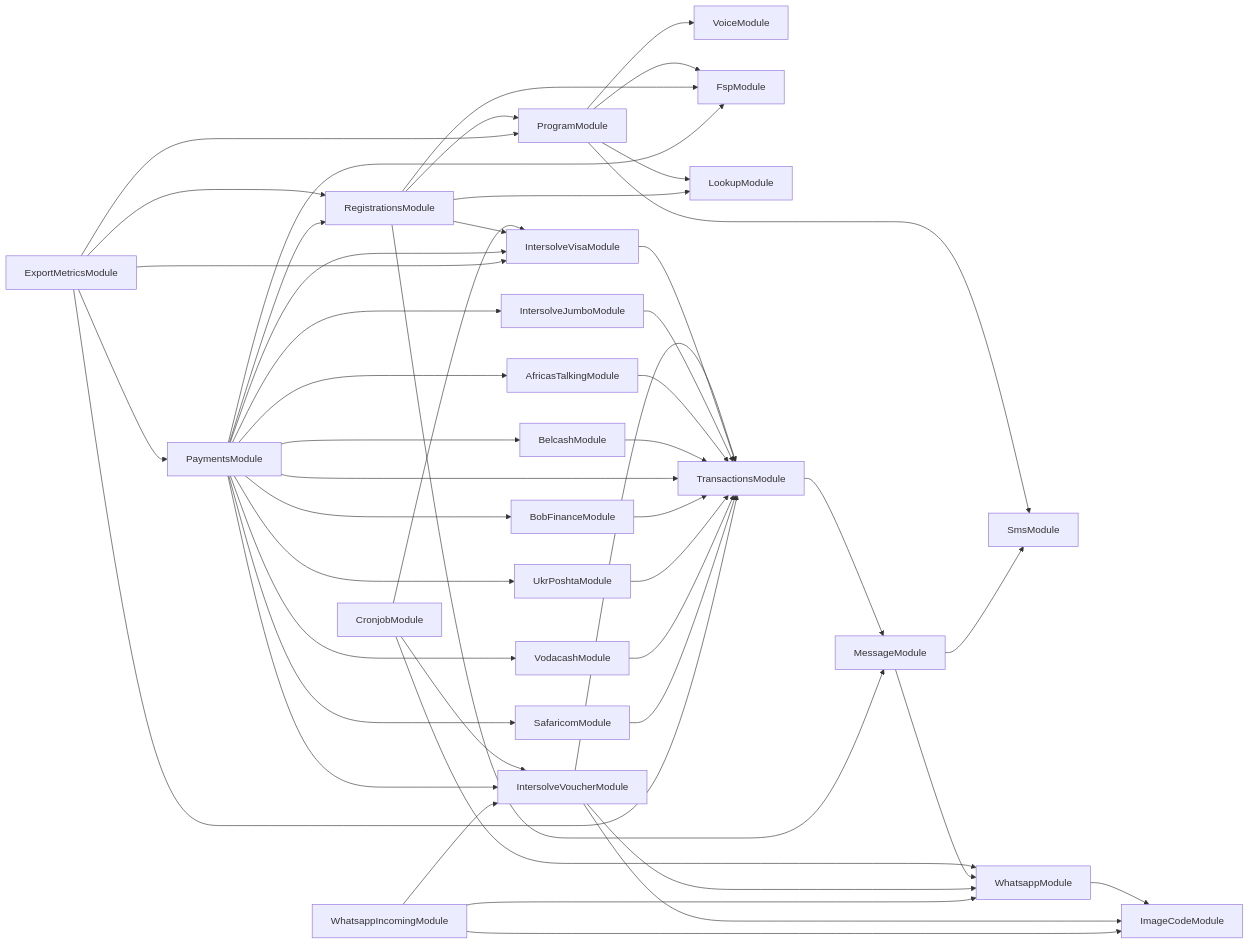
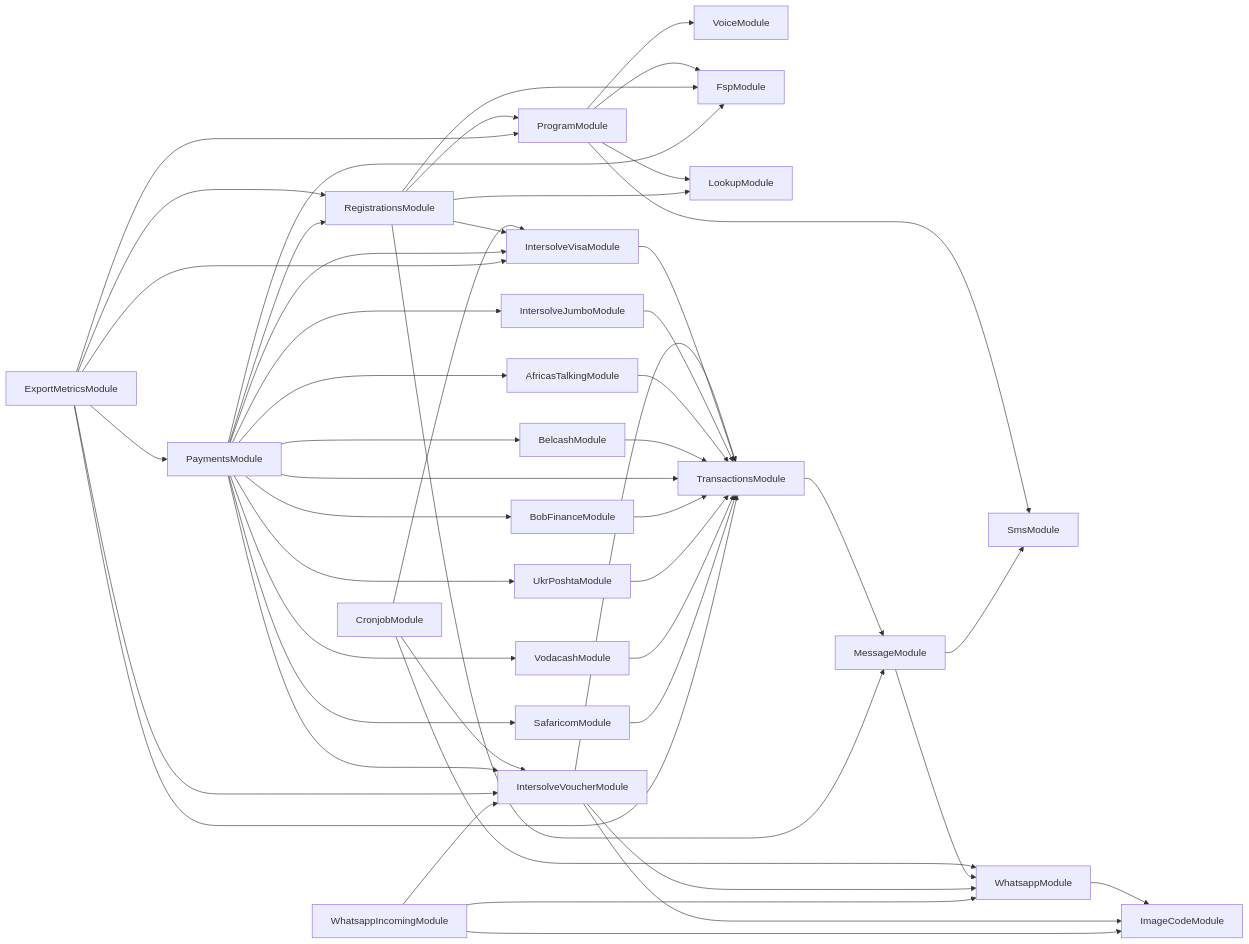
Before and after one commit to global-121/121-platform: the diagram in services/121-service/module-dependencies.md, drawn with Mermaid. The commit also changed 1 other file, not shown here.

Commit message:
fix: import module AB#20472

````diff
--- a/services/121-service/module-dependencies.md
+++ b/services/121-service/module-dependencies.md
@@ -3,50 +3,51 @@
 ```mermaid
 graph LR
   ProgramModule-->SmsModule
   ProgramModule-->VoiceModule
   ProgramModule-->FspModule
   ProgramModule-->LookupModule
   CronjobModule-->WhatsappModule
   WhatsappModule-->ImageCodeModule
   CronjobModule-->IntersolveVoucherModule
   IntersolveVoucherModule-->ImageCodeModule
   IntersolveVoucherModule-->TransactionsModule
   TransactionsModule-->MessageModule
   MessageModule-->WhatsappModule
   MessageModule-->SmsModule
   IntersolveVoucherModule-->WhatsappModule
   CronjobModule-->IntersolveVisaModule
   IntersolveVisaModule-->TransactionsModule
   RegistrationsModule-->LookupModule
   RegistrationsModule-->ProgramModule
   RegistrationsModule-->FspModule
   RegistrationsModule-->MessageModule
   RegistrationsModule-->IntersolveVisaModule
   ExportMetricsModule-->ProgramModule
   ExportMetricsModule-->RegistrationsModule
   ExportMetricsModule-->PaymentsModule
   PaymentsModule-->FspModule
   PaymentsModule-->IntersolveVoucherModule
   PaymentsModule-->IntersolveVisaModule
   PaymentsModule-->IntersolveJumboModule
   IntersolveJumboModule-->TransactionsModule
   PaymentsModule-->AfricasTalkingModule
   AfricasTalkingModule-->TransactionsModule
   PaymentsModule-->BelcashModule
   BelcashModule-->TransactionsModule
   PaymentsModule-->TransactionsModule
   PaymentsModule-->BobFinanceModule
   BobFinanceModule-->TransactionsModule
   PaymentsModule-->UkrPoshtaModule
   UkrPoshtaModule-->TransactionsModule
   PaymentsModule-->VodacashModule
   VodacashModule-->TransactionsModule
   PaymentsModule-->SafaricomModule
   SafaricomModule-->TransactionsModule
   PaymentsModule-->RegistrationsModule
   ExportMetricsModule-->TransactionsModule
   ExportMetricsModule-->IntersolveVisaModule
+  ExportMetricsModule-->IntersolveVoucherModule
   WhatsappIncomingModule-->ImageCodeModule
   WhatsappIncomingModule-->IntersolveVoucherModule
   WhatsappIncomingModule-->WhatsappModule
 ```
````
